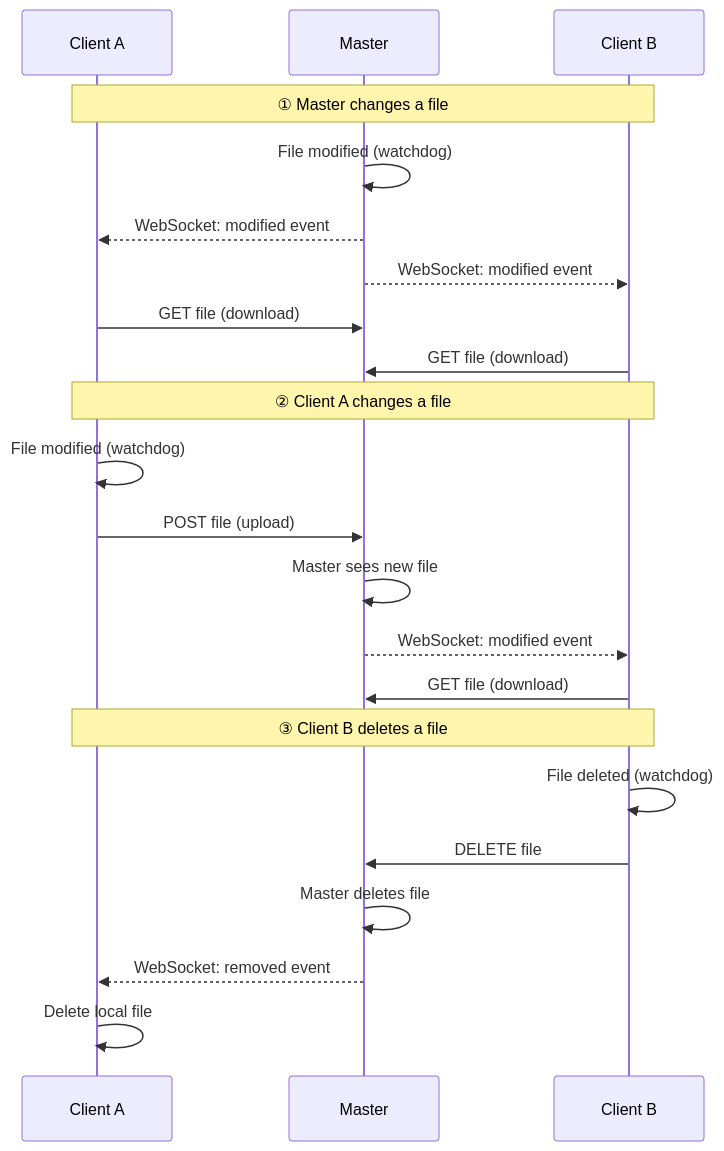
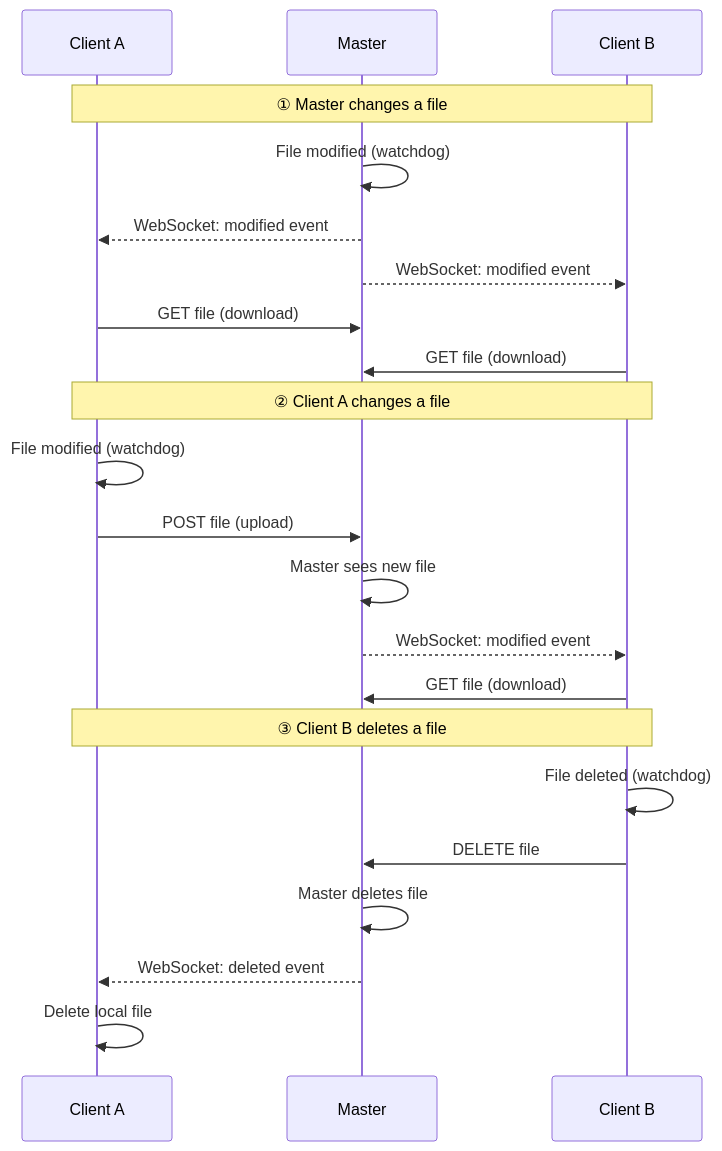
Before and after one commit to albertsdk/hsync-client: the fifth of 8 diagrams in docs/lan-mode.md, drawn with Mermaid. The commit also changed other lines of this file and 5 other files, not shown here.

````diff
--- a/docs/lan-mode.md
+++ b/docs/lan-mode.md
@@ -162,27 +162,27 @@
 ```mermaid
 sequenceDiagram
     participant A as Client A
     participant M as Master
     participant B as Client B
 
     Note over A,B: ① Master changes a file
     M->>M: File modified (watchdog)
     M-->>A: WebSocket: modified event
     M-->>B: WebSocket: modified event
     A->>M: GET file (download)
     B->>M: GET file (download)
 
     Note over A,B: ② Client A changes a file
     A->>A: File modified (watchdog)
     A->>M: POST file (upload)
     M->>M: Master sees new file
     M-->>B: WebSocket: modified event
     B->>M: GET file (download)
 
     Note over A,B: ③ Client B deletes a file
     B->>B: File deleted (watchdog)
     B->>M: DELETE file
     M->>M: Master deletes file
-    M-->>A: WebSocket: removed event
+    M-->>A: WebSocket: deleted event
     A->>A: Delete local file
 ```
````
